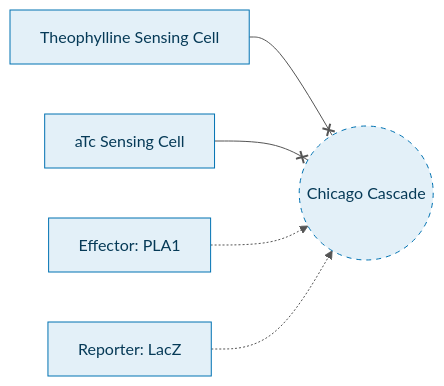
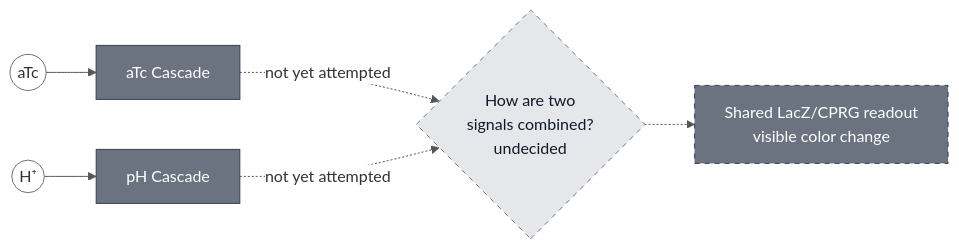
One commit to nucleus-eng/nucleus-docs changed the diagram in docs/modules/chicago-cascade/spec.md. Above: the diagram before and after it, drawn with Mermaid. The commit also changed other lines of this file, not shown here.

````diff
--- a/docs/modules/chicago-cascade/spec.md
+++ b/docs/modules/chicago-cascade/spec.md
@@ -28,23 +34,22 @@
 ```{mermaid}
 %%{init: {'theme': 'base', 'themeVariables': {'lineColor': '#555555', 'edgeLabelBackground': '#ffffff'}}}%%
 flowchart LR
-    THEO["Theophylline Sensing Cell"]
-    ATC["aTc Sensing Cell"]
-    PLA1["Effector: PLA1"]
-    LACZ["Reporter: LacZ"]
-    CASCADE(("Chicago Cascade"))
+    ATCIN(("aTc")) --> ATCLEG["aTc Cascade"]
+    PHIN(("H⁺")) --> PHLEG["pH Cascade"]
+    ATCLEG -.->|"not yet attempted"| LOGIC{"How are two<br/>signals combined?<br/>undecided"}
+    PHLEG -.->|"not yet attempted"| LOGIC
+    LOGIC -.-> READOUT["Shared LacZ/CPRG readout<br/>visible color change"]
 
-    THEO --x CASCADE
-    ATC --x CASCADE
-    PLA1 -.-> CASCADE
-    LACZ -.-> CASCADE
+    classDef leg fill:#6b7280,stroke:#374151,color:#ffffff;
+    classDef open fill:#e5e7eb,stroke:#6b7280,color:#111827;
+    class ATCLEG,PHLEG,READOUT leg;
+    class LOGIC open;
+    style ATCIN fill:none,stroke:#6b7280
+    style PHIN fill:none,stroke:#6b7280
+    style LOGIC stroke-dasharray: 5 5
+    style READOUT stroke-dasharray: 5 5
 
-    classDef chicago fill:#e3f0f8,stroke:#0072B2,color:#063a57;
-    class THEO,ATC,PLA1,LACZ,CASCADE chicago;
-    style CASCADE stroke-dasharray: 5 5
-
-    click THEO "/docs/modules/theophylline-sensing-cell/spec"
-    click ATC "/docs/modules/atc-sensing-cell/spec"
-    click PLA1 "/docs/modules/effector-pla1/spec"
-    click LACZ "/docs/modules/reporter-lacz/spec"
+    click ATCLEG "/docs/modules/atc-cascade/spec"
+    click PHLEG "/docs/modules/ph-cascade/spec"
+    click READOUT "/docs/modules/reporter-lacz/spec"
 ```
````
